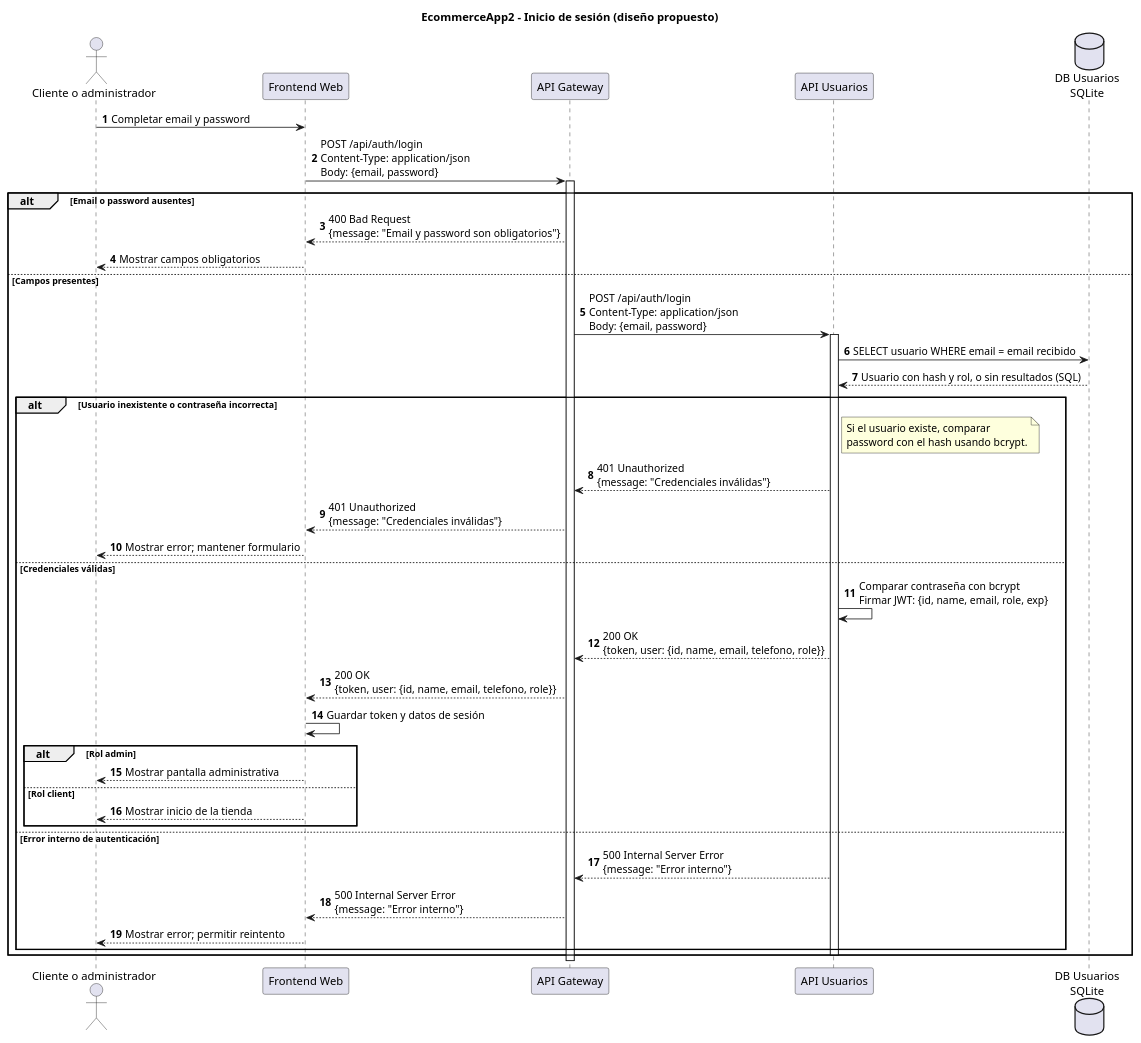
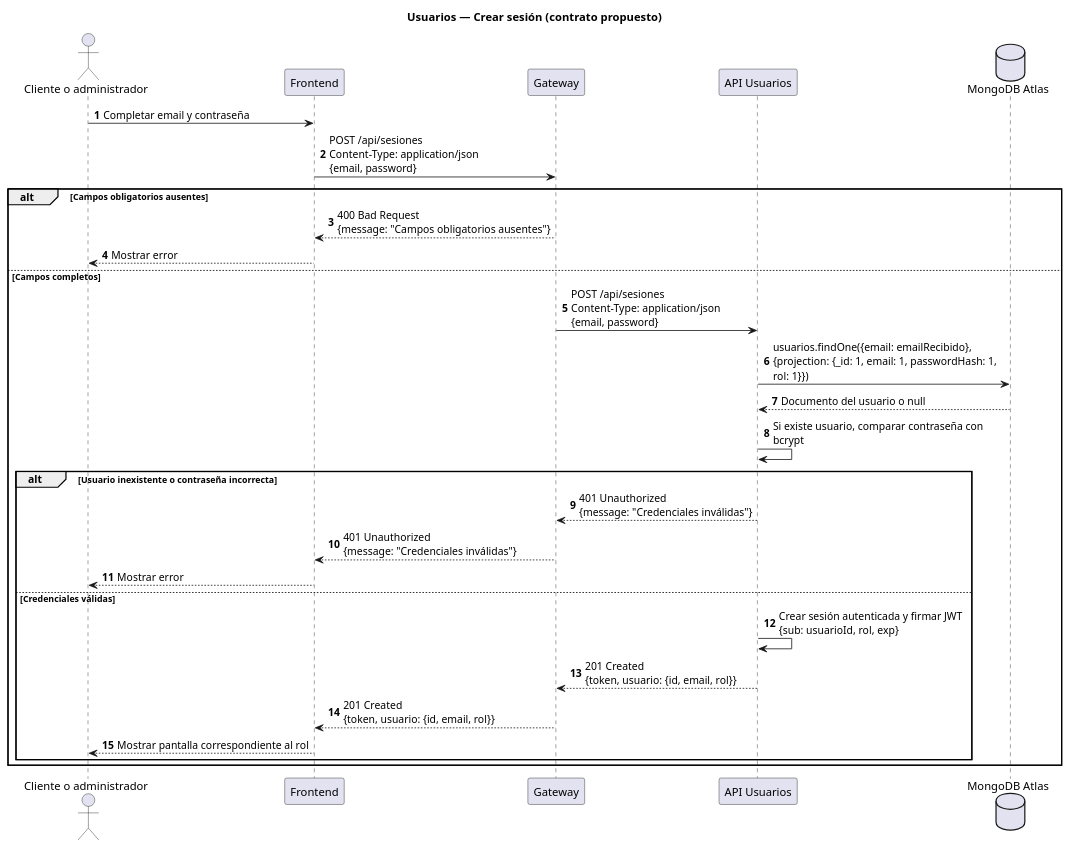
Before and after one commit to ignaci0vidal/pp3-Arquitectura-y-secuencias-del-sistema: the first of 4 diagrams in README.md, drawn with PlantUML. The commit also changed other lines of this file and 19 other files, not shown here.

````diff
--- a/README.md
+++ b/README.md
@@ -222,51 +90,35 @@
 ```plantuml
 @startuml
-title EcommerceApp2 - Inicio de sesión (diseño propuesto)
+skinparam defaultFontName SansSerif
+skinparam shadowing false
+skinparam maxMessageSize 300
 autonumber
-actor "Cliente o administrador" as Usuario
-participant "Frontend Web" as Front
-participant "API Gateway" as Gateway
-participant "API Usuarios" as Users
-database "DB Usuarios\nSQLite" as DBUsers
-
-Usuario -> Front: Completar email y password
-Front -> Gateway: POST /api/auth/login\nContent-Type: application/json\nBody: {email, password}
-activate Gateway
-
-alt Email o password ausentes
-    Gateway --> Front: 400 Bad Request\n{message: "Email y password son obligatorios"}
-    Front --> Usuario: Mostrar campos obligatorios
-else Campos presentes
-    Gateway -> Users: POST /api/auth/login\nContent-Type: application/json\nBody: {email, password}
-    activate Users
-    Users -> DBUsers: SELECT usuario WHERE email = email recibido
-    DBUsers --> Users: Usuario con hash y rol, o sin resultados (SQL)
-
-    alt Usuario inexistente o contraseña incorrecta
-        note right of Users
-        Si el usuario existe, comparar
-        password con el hash usando bcrypt.
-        end note
-        Users --> Gateway: 401 Unauthorized\n{message: "Credenciales inválidas"}
-        Gateway --> Front: 401 Unauthorized\n{message: "Credenciales inválidas"}
-        Front --> Usuario: Mostrar error; mantener formulario
-    else Credenciales válidas
-        Users -> Users: Comparar contraseña con bcrypt\nFirmar JWT: {id, name, email, role, exp}
-        Users --> Gateway: 200 OK\n{token, user: {id, name, email, telefono, role}}
-        Gateway --> Front: 200 OK\n{token, user: {id, name, email, telefono, role}}
-        Front -> Front: Guardar token y datos de sesión
-        alt Rol admin
-            Front --> Usuario: Mostrar pantalla administrativa
-        else Rol client
-            Front --> Usuario: Mostrar inicio de la tienda
-        end
-    else Error interno de autenticación
-        Users --> Gateway: 500 Internal Server Error\n{message: "Error interno"}
-        Gateway --> Front: 500 Internal Server Error\n{message: "Error interno"}
-        Front --> Usuario: Mostrar error; permitir reintento
-    end
-    deactivate Users
+title Usuarios — Crear sesión (contrato propuesto)
+actor "Cliente o administrador" as U
+participant "Frontend" as F
+participant "Gateway" as G
+participant "API Usuarios" as A
+database "MongoDB Atlas" as D
+U -> F: Completar email y contraseña
+F -> G: POST /api/sesiones\nContent-Type: application/json\n{email, password}
+alt Campos obligatorios ausentes
+ G --> F: 400 Bad Request\n{message: "Campos obligatorios ausentes"}
+ F --> U: Mostrar error
+else Campos completos
+ G -> A: POST /api/sesiones\nContent-Type: application/json\n{email, password}
+ A -> D: usuarios.findOne({email: emailRecibido},\n{projection: {_id: 1, email: 1, passwordHash: 1, rol: 1}})
+ D --> A: Documento del usuario o null
+ A -> A: Si existe usuario, comparar contraseña con bcrypt
+ alt Usuario inexistente o contraseña incorrecta
+  A --> G: 401 Unauthorized\n{message: "Credenciales inválidas"}
+  G --> F: 401 Unauthorized\n{message: "Credenciales inválidas"}
+  F --> U: Mostrar error
+ else Credenciales válidas
+  A -> A: Crear sesión autenticada y firmar JWT\n{sub: usuarioId, rol, exp}
+  A --> G: 201 Created\n{token, usuario: {id, email, rol}}
+  G --> F: 201 Created\n{token, usuario: {id, email, rol}}
+  F --> U: Mostrar pantalla correspondiente al rol
+ end
 end
-deactivate Gateway
 @enduml
 ```
````
